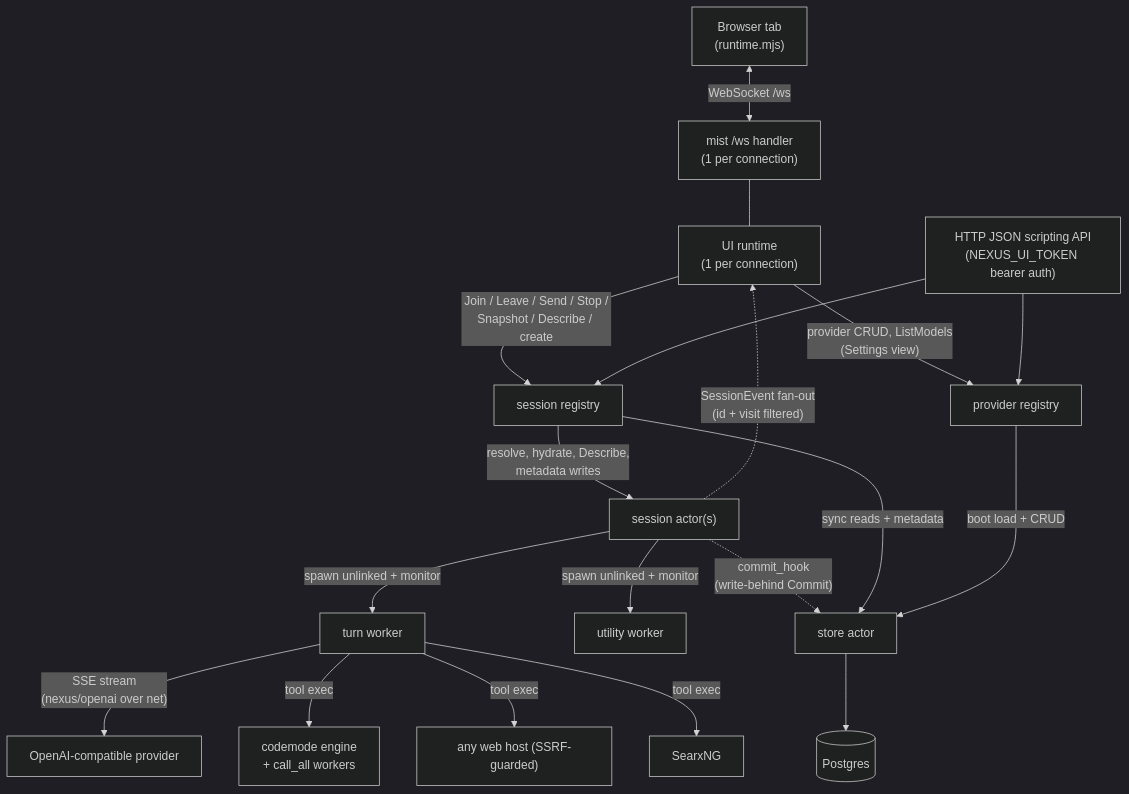
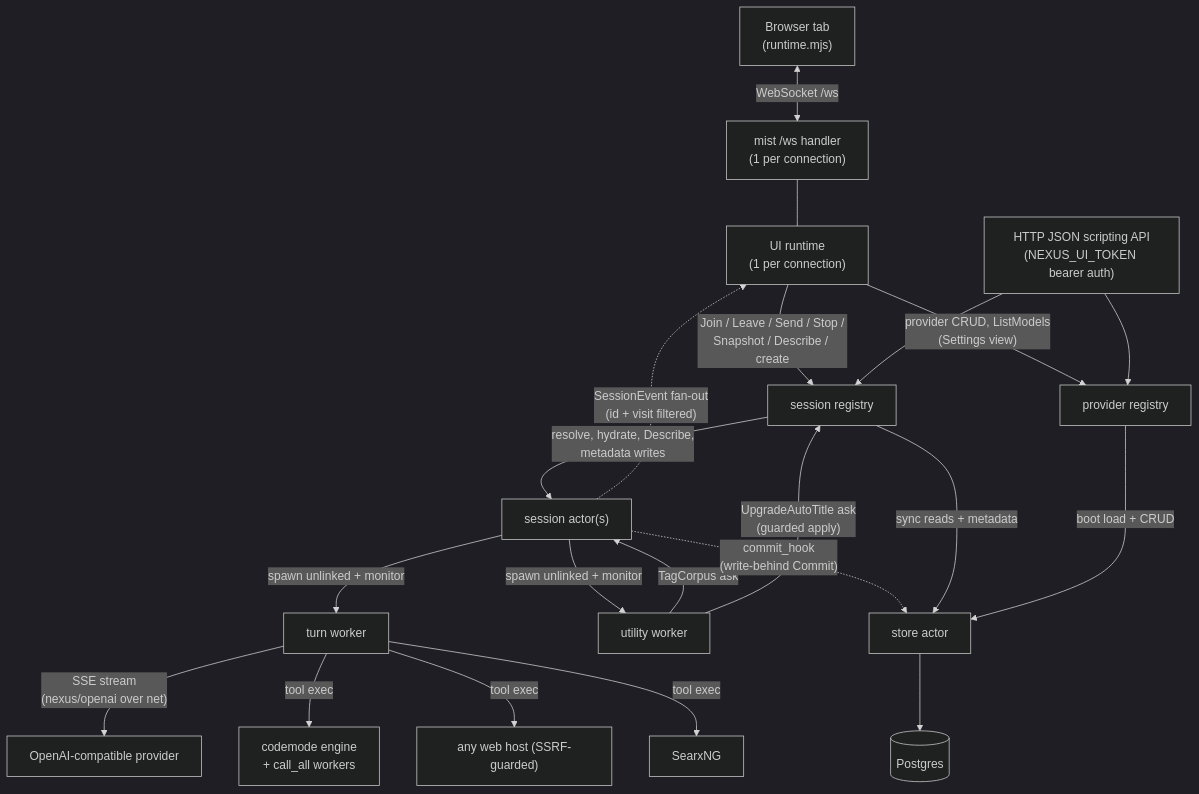
The third of 4 diagrams in ARCHITECTURE.md (jhillyerd/nexus), drawn with Mermaid (dark theme) before and after one commit. The commit also changed other lines of this file, not shown here.

First line of the commit message:
docs: fix six review findings in ARCHITECTURE.md

````diff
--- a/ARCHITECTURE.md
+++ b/ARCHITECTURE.md
@@ -136,37 +141,39 @@
 ```mermaid
 flowchart TB
     js["Browser tab<br/>(runtime.mjs)"]
     ws["mist /ws handler<br/>(1 per connection)"]
     rt["UI runtime<br/>(1 per connection)"]
     reg["session registry"]
     prov["provider registry"]
     api["HTTP JSON scripting API<br/>(NEXUS_UI_TOKEN bearer auth)"]
     sa["session actor(s)"]
     tw["turn worker"]
     uw["utility worker"]
     eng["codemode engine<br/>+ call_all workers"]
     store["store actor"]
     pg[("Postgres")]
     llm["OpenAI-compatible provider"]
     searx["SearxNG"]
     web["any web host (SSRF-guarded)"]
 
     js <-- "WebSocket /ws" --> ws
     ws --- rt
     rt -->|"Join / Leave / Send / Stop /<br/>Snapshot / Describe / create"| reg
     rt -->|"provider CRUD, ListModels<br/>(Settings view)"| prov
     reg -->|"resolve, hydrate, Describe,<br/>metadata writes"| sa
     sa -.->|"SessionEvent fan-out<br/>(id + visit filtered)"| rt
     sa -->|"spawn unlinked + monitor"| tw
     sa -->|"spawn unlinked + monitor"| uw
+    uw -->|"TagCorpus ask"| sa
+    uw -->|"UpgradeAutoTitle ask<br/>(guarded apply)"| reg
     tw -->|"SSE stream<br/>(nexus/openai over net)"| llm
     tw -->|"tool exec"| eng
     tw -->|"tool exec"| web
     tw -->|"tool exec"| searx
     sa -.->|"commit_hook<br/>(write-behind Commit)"| store
     reg -->|"sync reads + metadata"| store
     prov -->|"boot load + CRUD"| store
     api --> reg
     api --> prov
     store --> pg
 ```
````
